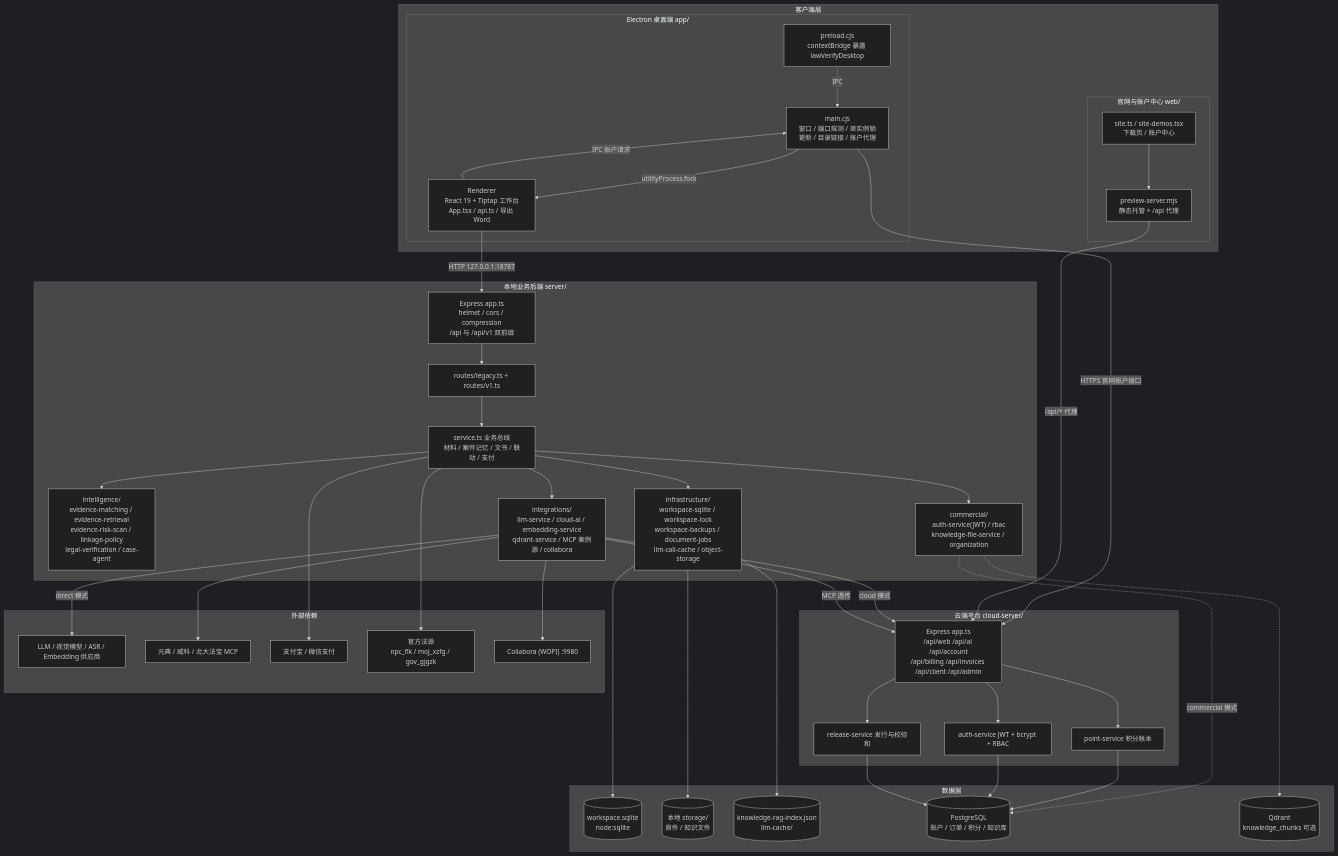
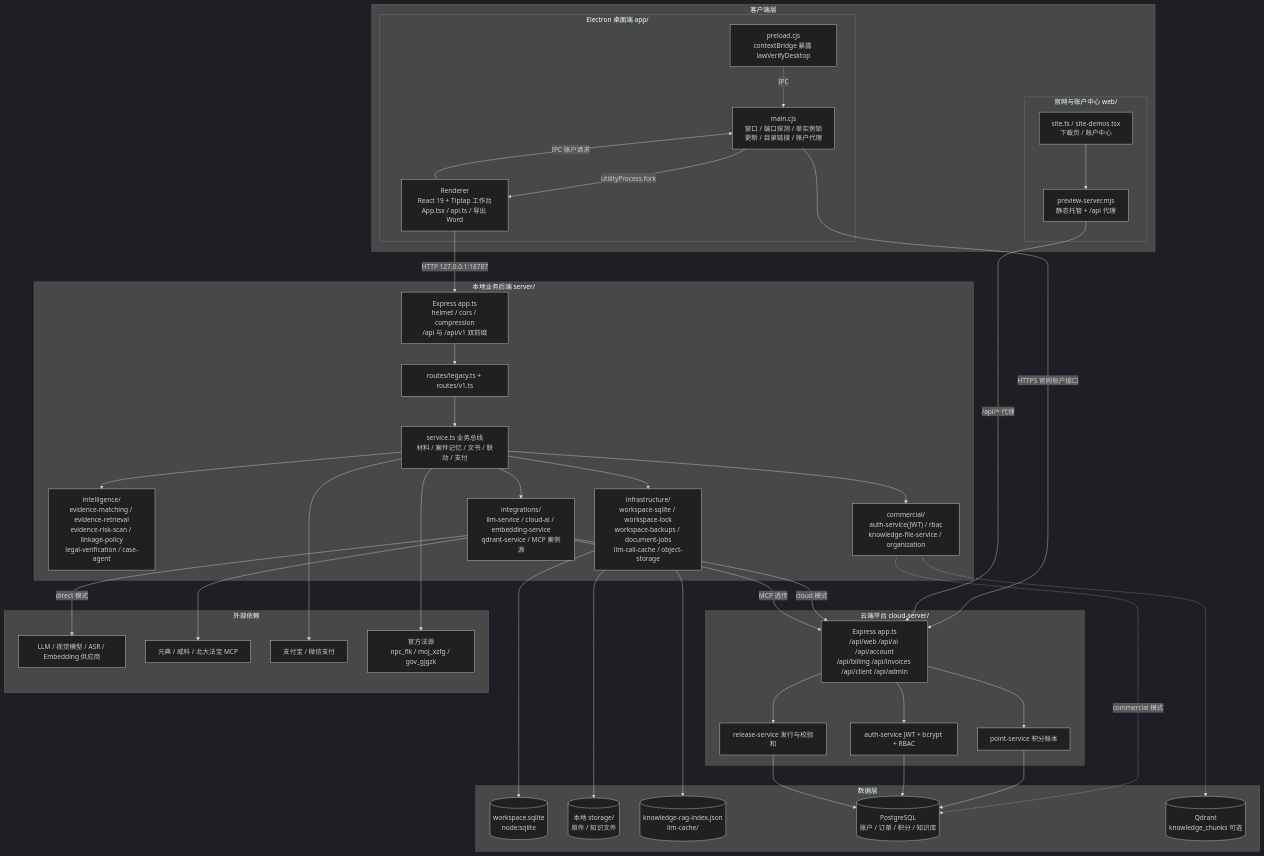
Before and after one commit to Hexuanfang/LawVerify: the first of 15 diagrams in docs/system-architecture.md, drawn with Mermaid (dark theme). The commit also changed other lines of this file and 20 other files, not shown here.

````diff
--- a/docs/system-architecture.md
+++ b/docs/system-architecture.md
@@ -26,79 +26,77 @@
 ```mermaid
 flowchart TB
   subgraph Client["客户端层"]
     subgraph Electron["Electron 桌面端 app/"]
       Main["main.cjs<br/>窗口 / 端口探测 / 单实例锁<br/>更新 / 目录链接 / 账户代理"]
       Preload["preload.cjs<br/>contextBridge 暴露 lawVerifyDesktop"]
       Renderer["Renderer<br/>React 19 + Tiptap 工作台<br/>App.tsx / api.ts / 导出 Word"]
     end
     subgraph WebUI["官网与账户中心 web/"]
       Site["site.ts / site-demos.tsx<br/>下载页 / 账户中心"]
       Preview["preview-server.mjs<br/>静态托管 + /api 代理"]
     end
   end
 
   subgraph Local["本地业务后端 server/"]
     HTTP["Express app.ts<br/>helmet / cors / compression<br/>/api 与 /api/v1 双前缀"]
     Routes["routes/legacy.ts + routes/v1.ts"]
     Service["service.ts 业务总线<br/>材料 / 案件记忆 / 文书 / 联动 / 支付"]
     Intel["intelligence/<br/>evidence-matching / evidence-retrieval<br/>evidence-risk-scan / linkage-policy<br/>legal-verification / case-agent"]
     Infra["infrastructure/<br/>workspace-sqlite / workspace-lock<br/>workspace-backups / document-jobs<br/>llm-call-cache / object-storage"]
-    Integrations["integrations/<br/>llm-service / cloud-ai / embedding-service<br/>qdrant-service / MCP 案例源 / collabora"]
+    Integrations["integrations/<br/>llm-service / cloud-ai / embedding-service<br/>qdrant-service / MCP 案例源"]
     Commercial["commercial/<br/>auth-service(JWT) / rbac<br/>knowledge-file-service / organization"]
   end
 
   subgraph Cloud["云端平台 cloud-server/"]
     CloudHTTP["Express app.ts<br/>/api/web /api/ai /api/account<br/>/api/billing /api/invoices /api/client /api/admin"]
     PointSvc["point-service 积分账本"]
     CloudAuth["auth-service JWT + bcrypt + RBAC"]
     Release["release-service 发行与校验和"]
   end
 
   subgraph Data["数据层"]
     SQLite[("workspace.sqlite<br/>node:sqlite")]
     LocalStore[("本地 storage/<br/>原件 / 知识文件")]
     Rag[("knowledge-rag-index.json<br/>llm-cache/")]
     PG[("PostgreSQL<br/>账户 / 订单 / 积分 / 知识库")]
     Qdrant[("Qdrant<br/>knowledge_chunks 可选")]
   end
 
   subgraph Ext["外部依赖"]
     Model["LLM / 视觉模型 / ASR / Embedding 供应商"]
     CaseMCP["元典 / 威科 / 北大法宝 MCP"]
     Pay["支付宝 / 微信支付"]
     Offic["官方法源<br/>npc_flk / moj_xzfg / gov_gjgzk"]
-    Collab["Collabora (WOPI) :9980"]
   end
 
   Main -->|utilityProcess.fork| Renderer
   Preload -.->|IPC| Main
   Renderer -->|HTTP 127.0.0.1:18787| HTTP
   Renderer -->|IPC 账户请求| Main
   Main -->|HTTPS 官网账户接口| CloudHTTP
   Site --> Preview
   Preview -->|/api/* 代理| CloudHTTP
 
   HTTP --> Routes --> Service
   Service --> Intel
   Service --> Infra
   Service --> Integrations
   Service --> Commercial
   Infra --> SQLite
   Infra --> LocalStore
   Infra --> Rag
   Commercial -.->|commercial 模式| PG
   Commercial -.-> Qdrant
   Integrations -->|cloud 模式| CloudHTTP
   Integrations -->|direct 模式| Model
   Integrations --> CaseMCP
   Integrations -->|MCP 透传| CloudHTTP
   Service --> Pay
   Service --> Offic
-  Integrations --> Collab
   CloudHTTP --> PointSvc
   CloudHTTP --> CloudAuth
   CloudHTTP --> Release
   PointSvc --> PG
   CloudAuth --> PG
   Release --> PG
 ```
````
